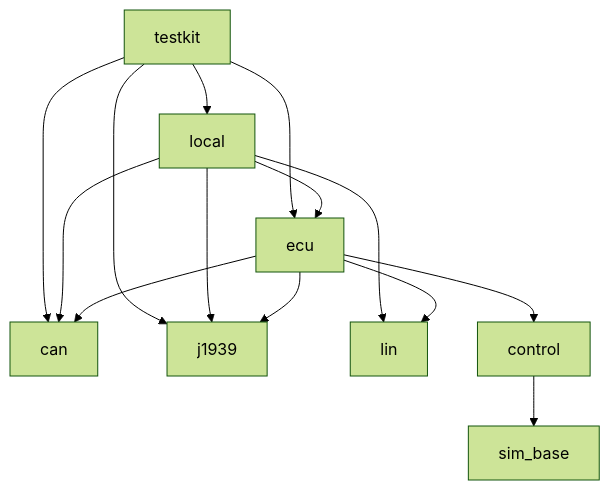
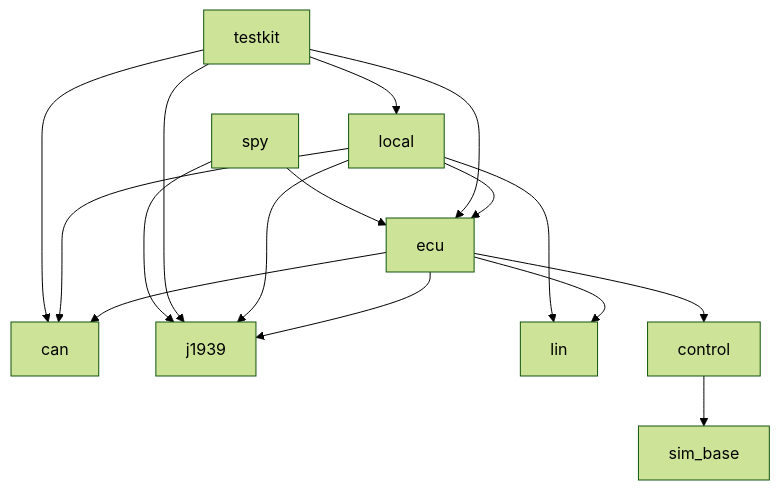
The fourth of 8 diagrams in docs/code-map.md (rahanahu/vehicle-sil), drawn with Mermaid (forest theme) before and after one commit. The commit also changed other lines of this file and 22 other files, not shown here.

````diff
--- a/docs/code-map.md
+++ b/docs/code-map.md
@@ -556,16 +563,18 @@
 ```mermaid
 flowchart TD
     ecu --> can
     ecu --> j1939
     ecu --> lin
     ecu --> control
     control --> sim_base
     local --> can
     local --> j1939
     local --> lin
     local --> ecu
     testkit --> local
     testkit --> can
     testkit --> j1939
     testkit --> ecu
+    spy --> ecu
+    spy --> j1939
 ```
````
